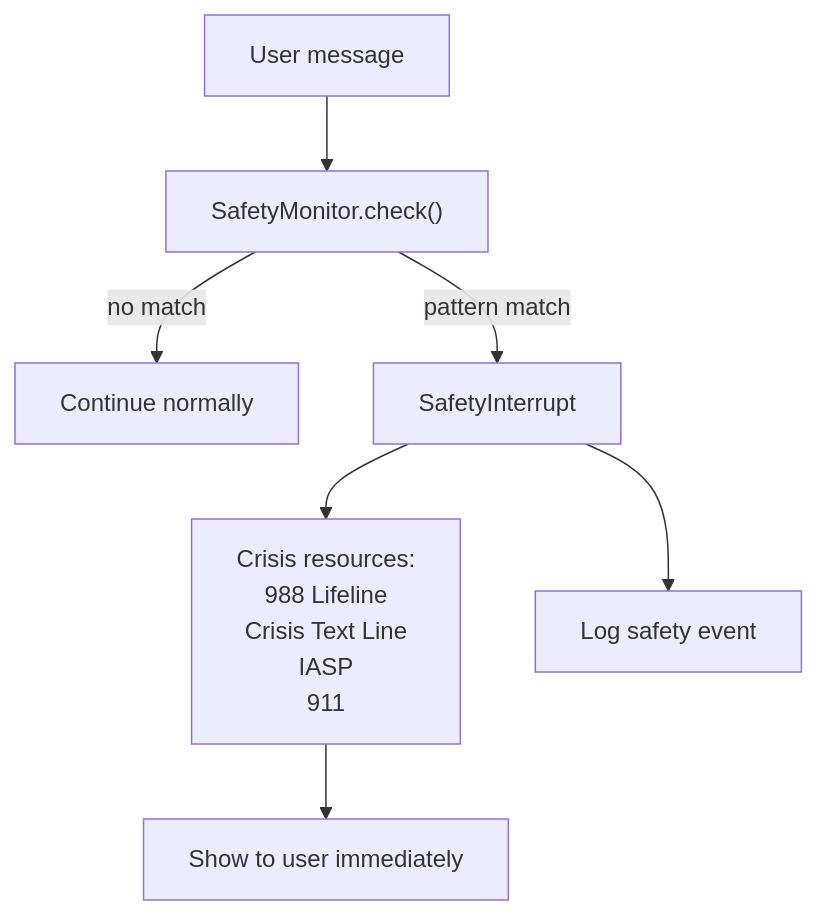
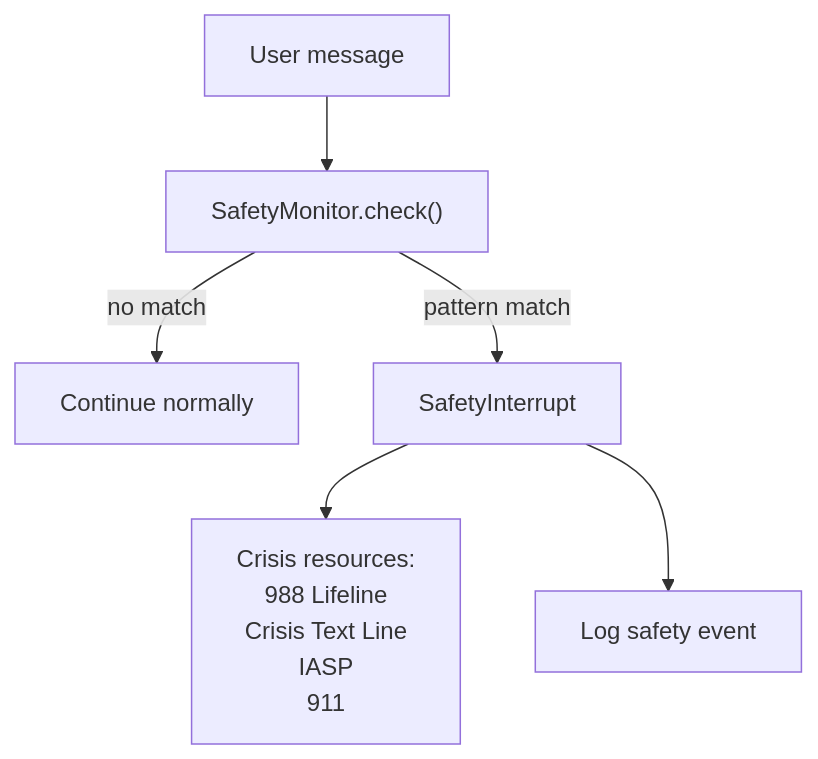
One commit to bodharma/talker changed the eighth of 8 diagrams in docs/architecture.md. Above: the diagram before and after it, drawn with Mermaid. The commit also changed other lines of this file and 3 other files, not shown here.

First line of the commit message:
docs: rewrite architecture and LiveKit docs for code review

````diff
--- a/docs/architecture.md
+++ b/docs/architecture.md
@@ -571,9 +364,8 @@
 ```mermaid
 flowchart TB
     INPUT["User message"] --> MONITOR["SafetyMonitor.check()"]
     MONITOR -->|no match| SAFE["Continue normally"]
     MONITOR -->|pattern match| INTERRUPT["SafetyInterrupt"]
     INTERRUPT --> RESOURCES["Crisis resources:<br/>988 Lifeline<br/>Crisis Text Line<br/>IASP<br/>911"]
     INTERRUPT --> LOG["Log safety event"]
-    RESOURCES --> USER["Show to user immediately"]
 ```
````
